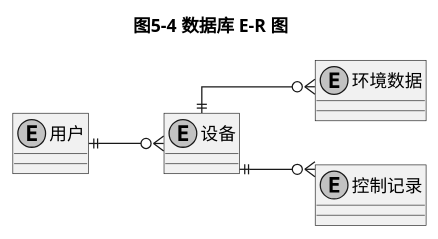
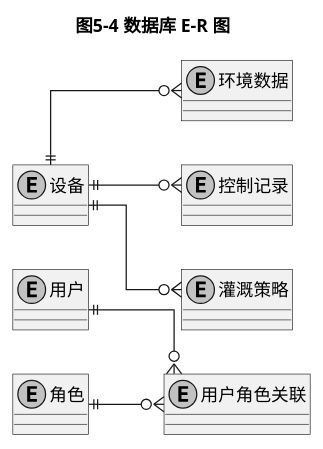
Before and after one commit to TSK-io/lunwen: the diagram in 图 5-4 数据库 E-R 图.puml, drawn with PlantUML. The commit also changed 3 other files, not shown here.

```diff
--- a/图 5-4 数据库 E-R 图.puml
+++ b/图 5-4 数据库 E-R 图.puml
@@ -1,21 +1,27 @@
 @startuml
 title 图5-4 数据库 E-R 图
 
 left to right direction
 skinparam monochrome true
 skinparam shadowing false
 skinparam defaultFontName Microsoft YaHei
 skinparam defaultTextAlignment center
 skinparam linetype ortho
 skinparam roundcorner 0
 
 entity "用户" as User
+entity "角色" as Role
+entity "用户角色关联" as UserRole
 entity "设备" as Device
 entity "环境数据" as Data
 entity "控制记录" as Log
+entity "灌溉策略" as Policy
 
-User ||--o{ Device
+User ||--o{ UserRole
+Role ||--o{ UserRole
+
 Device ||--o{ Data
 Device ||--o{ Log
+Device ||--o{ Policy
 
 @enduml
```
